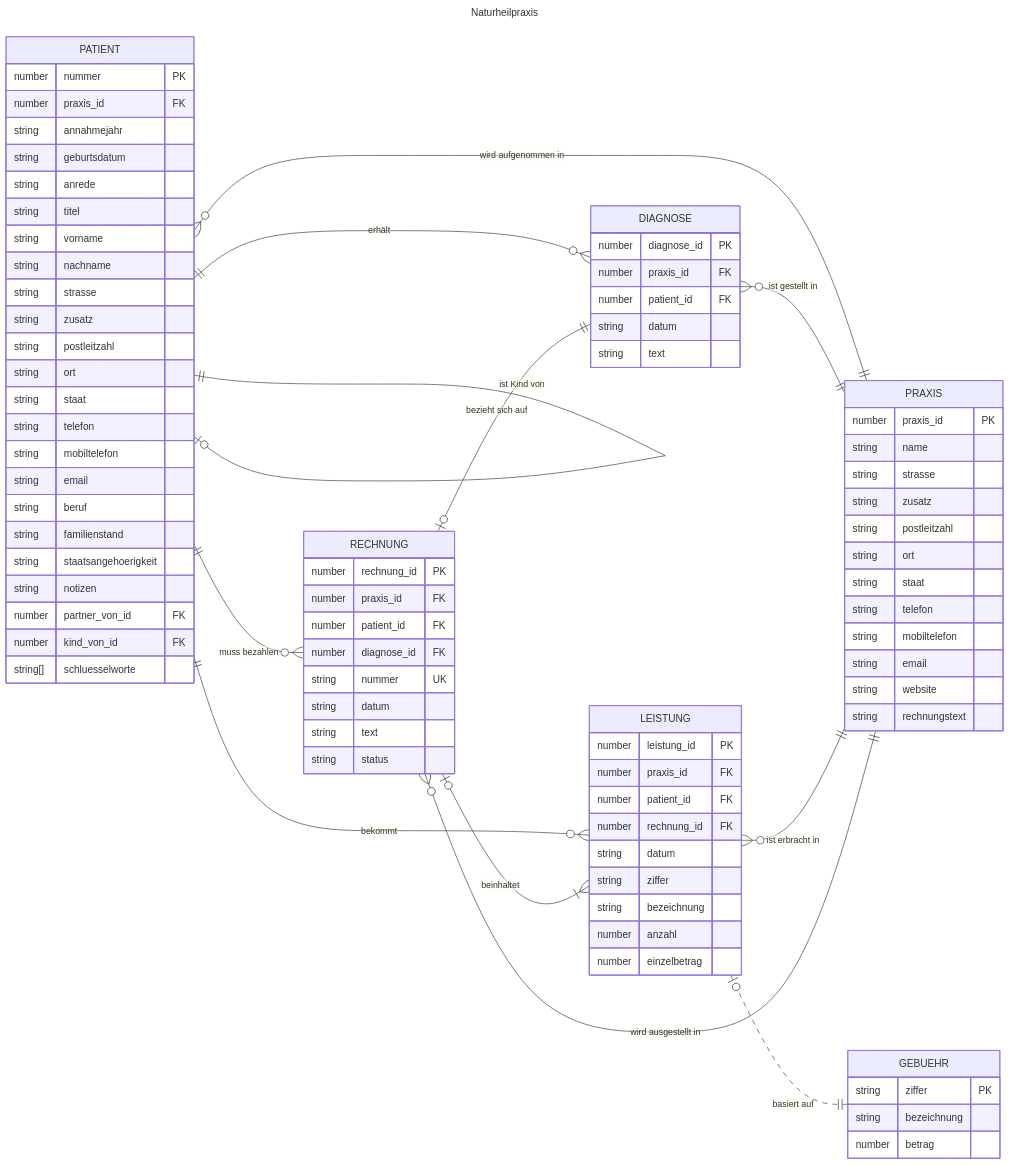
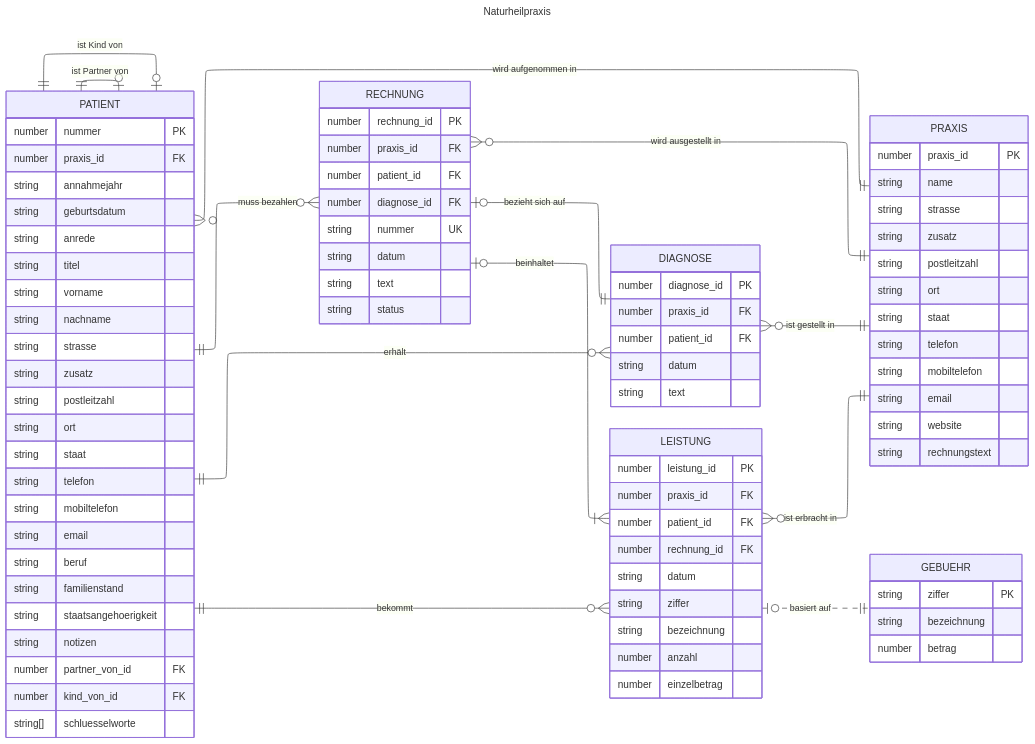
The diagram in docs/naturheilpraxis.mmd (falkoschumann/naturheilpraxis), drawn with Mermaid before and after one commit.

Commit message:
docs: change layout to show multiple self-references

```diff
--- a/docs/naturheilpraxis.mmd
+++ b/docs/naturheilpraxis.mmd
@@ -1,91 +1,93 @@
 ---
 title: Naturheilpraxis
+config:
+  layout: elk
 ---
 erDiagram
     direction LR
 
     PATIENT }o--|| PRAXIS : "wird aufgenommen in"
     PATIENT ||--o| PATIENT : "ist Partner von"
     PATIENT ||--o| PATIENT : "ist Kind von"
     PATIENT ||--o{ DIAGNOSE : "erhält"
     DIAGNOSE }o--|| PRAXIS : "ist gestellt in"
     PATIENT ||--o{ LEISTUNG : "bekommt"
     LEISTUNG }o--|| PRAXIS : "ist erbracht in"
     LEISTUNG |o..|| GEBUEHR : "basiert auf"
     PATIENT ||--o{ RECHNUNG : "muss bezahlen"
     RECHNUNG |o--|| DIAGNOSE : "bezieht sich auf"
     RECHNUNG |o--|{ LEISTUNG : "beinhaltet"
     RECHNUNG }o--|| PRAXIS : "wird ausgestellt in"
 
     PRAXIS {
         number praxis_id PK
         string name
         string strasse
         string zusatz
         string postleitzahl
         string ort
         string staat
         string telefon
         string mobiltelefon
         string email
         string website
         string rechnungstext
     }
     GEBUEHR {
         string ziffer PK
         string bezeichnung
         number betrag
     }
     PATIENT {
         number nummer PK
         number praxis_id FK
         string annahmejahr
         string geburtsdatum
         string anrede
         string titel
         string vorname
         string nachname
         string strasse
         string zusatz
         string postleitzahl
         string ort
         string staat
         string telefon
         string mobiltelefon
         string email
         string beruf
         string familienstand
         string staatsangehoerigkeit
         string notizen
         number partner_von_id FK
         number kind_von_id FK
         string[] schluesselworte
     }
     DIAGNOSE {
         number diagnose_id PK
         number praxis_id FK
         number patient_id FK
         string datum
         string text
     }
     LEISTUNG {
         number leistung_id PK
         number praxis_id FK
         number patient_id FK
         number rechnung_id FK
         string datum
         string ziffer
         string bezeichnung
         number anzahl
         number einzelbetrag
     }
     RECHNUNG {
         number rechnung_id PK
         number praxis_id FK
         number patient_id FK
         number diagnose_id FK
         string nummer UK
         string datum
         string text
         string status
     }
```
